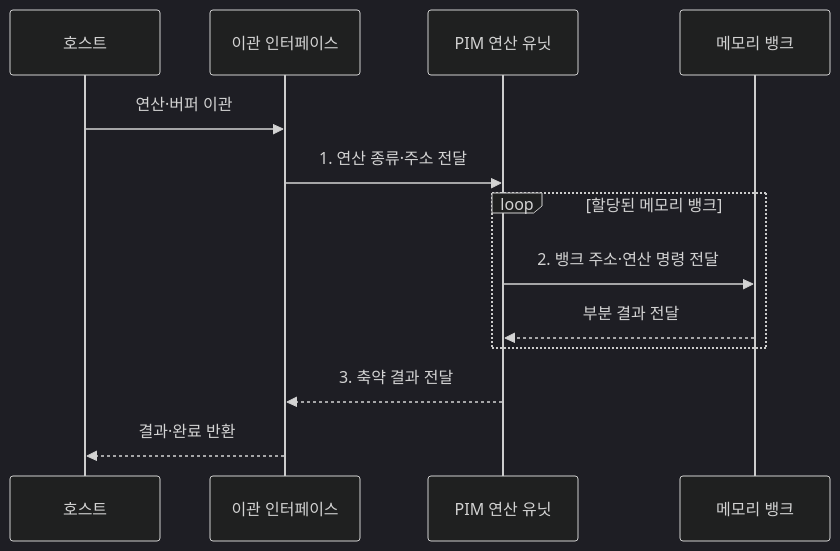
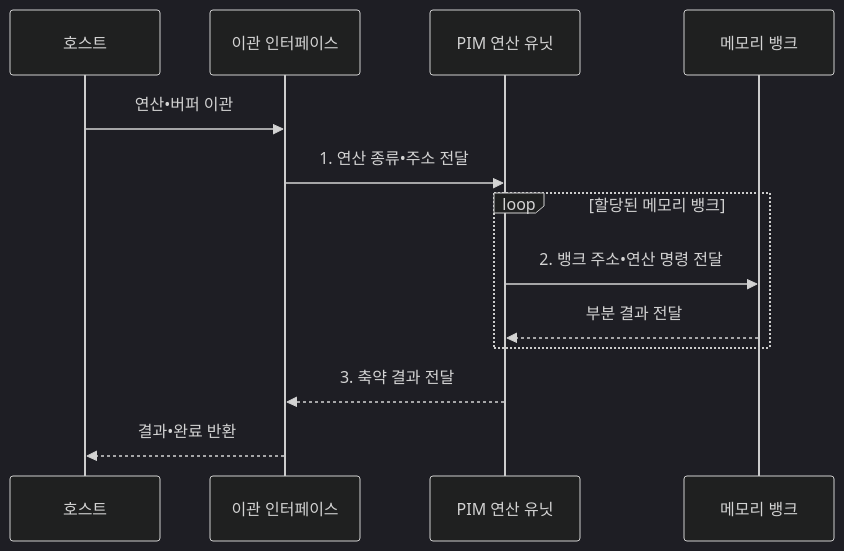
Before and after one commit to agnusdei1207/knowledge-base: the second of 2 diagrams in src/content/docs/notes/02-hardware/026_pim.md, drawn with Mermaid (dark theme). The commit also changed other lines of this file and 953 other files, not shown here.

````diff
--- a/src/content/docs/notes/02-hardware/026_pim.md
+++ b/src/content/docs/notes/02-hardware/026_pim.md
@@ -95,15 +95,15 @@
 ```mermaid
 sequenceDiagram
     participant H as 호스트
     participant I as 이관 인터페이스
     participant U as PIM 연산 유닛
     participant B as 메모리 뱅크
-    H->>I: 연산·버퍼 이관
-    I->>U: 1. 연산 종류·주소 전달
+    H->>I: 연산•버퍼 이관
+    I->>U: 1. 연산 종류•주소 전달
     loop 할당된 메모리 뱅크
-        U->>B: 2. 뱅크 주소·연산 명령 전달
+        U->>B: 2. 뱅크 주소•연산 명령 전달
         B-->>U: 부분 결과 전달
     end
     U-->>I: 3. 축약 결과 전달
-    I-->>H: 결과·완료 반환
+    I-->>H: 결과•완료 반환
 ```
````
